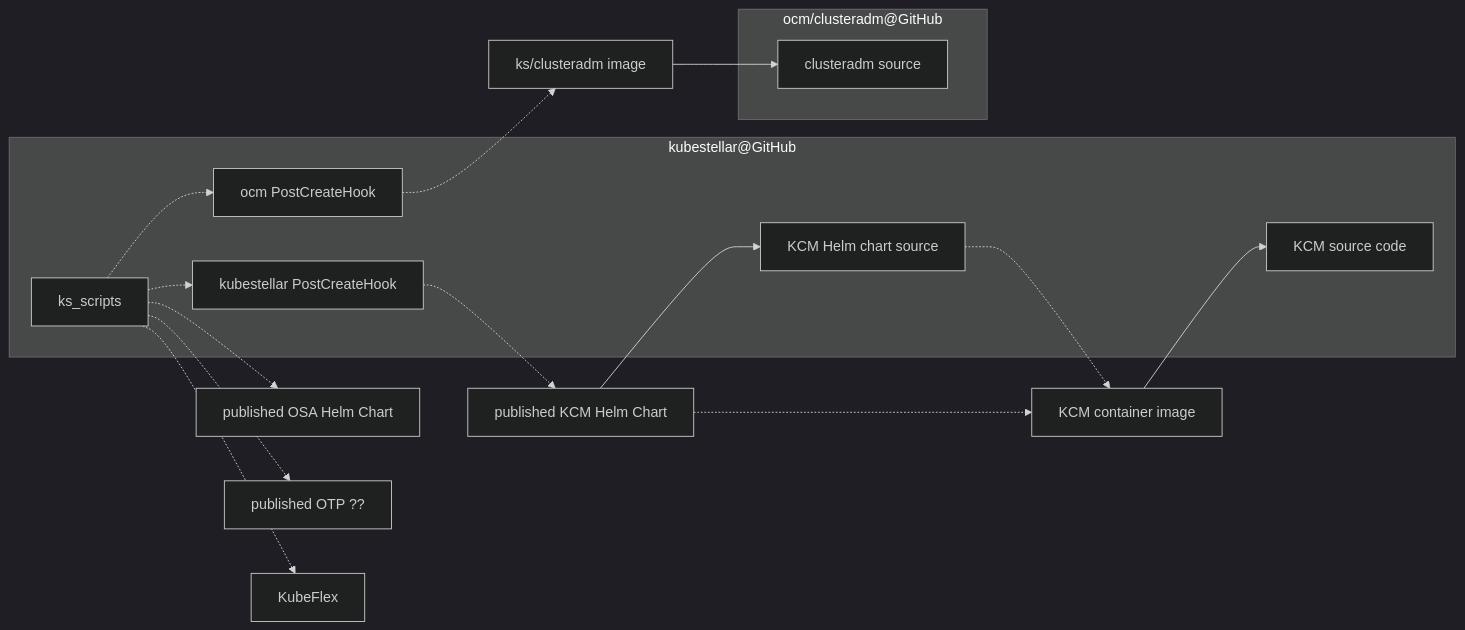
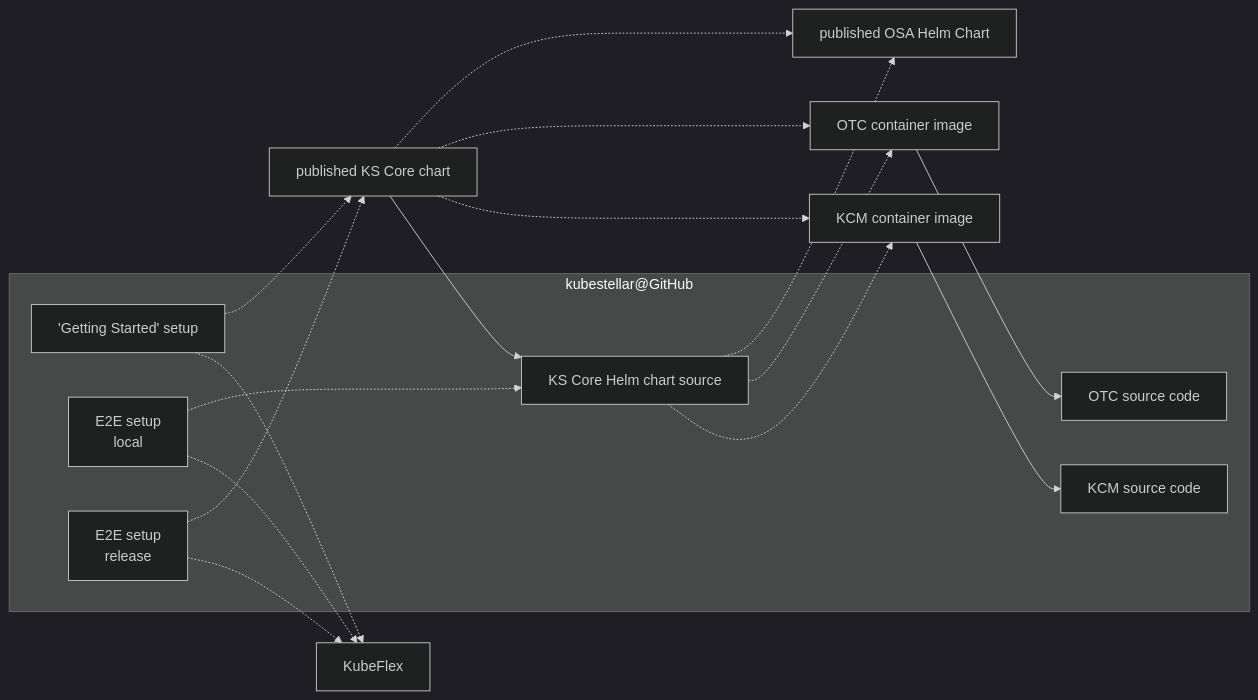
Before and after one commit to kubestellar/docs: the third of 5 diagrams in docs/content/direct/packaging.md, drawn with Mermaid (dark theme). The commit also changed other lines of this file and 83 other files, not shown here.

````diff
--- a/docs/content/direct/packaging.md
+++ b/docs/content/direct/packaging.md
@@ -95,24 +83,30 @@
 ```mermaid
 flowchart LR
-    subgraph cladm_repo["ocm/clusteradm@GitHub"]
-    cladm_src["clusteradm source"]
-    end
+    osa_hc_repo[published OSA Helm Chart]
     subgraph ks_repo["kubestellar@GitHub"]
     kcm_code[KCM source code]
-    kcm_hc_src[KCM Helm chart source]
-    ks_pch[kubestellar PostCreateHook]
-    ocm_pch["ocm PostCreateHook"]
-    ks_scripts -.-> ocm_pch
-    ks_scripts -.-> ks_pch
+    otc_code[OTC source code]
+    ksc_hc_src[KS Core Helm chart source]
+    setup_ksc["'Getting Started' setup"]
+    e2e_local["E2E setup
+local"]
+    e2e_release["E2E setup
+release"]
     end
-    cladm_image["ks/clusteradm image"] --> cladm_src
-    ocm_pch -.-> cladm_image
     kcm_ctr_image[KCM container image] --> kcm_code
-    kcm_hc_repo[published KCM Helm Chart] --> kcm_hc_src
-    kcm_hc_src -.-> kcm_ctr_image
-    kcm_hc_repo -.-> kcm_ctr_image
-    ks_pch  -.-> kcm_hc_repo
-    ks_scripts -.-> osa_hc_repo[published OSA Helm Chart]
-    ks_scripts -.-> otp_something["published OTP ??"]
-    ks_scripts -.-> KubeFlex
+    otc_ctr_image[OTC container image]
+    otc_ctr_image --> otc_code
+    ksc_hc_repo[published KS Core chart] --> ksc_hc_src
+    ksc_hc_src -.-> osa_hc_repo
+    ksc_hc_src -.-> otc_ctr_image
+    ksc_hc_src -.-> kcm_ctr_image
+    ksc_hc_repo -.-> osa_hc_repo
+    ksc_hc_repo -.-> otc_ctr_image
+    ksc_hc_repo -.-> kcm_ctr_image
+    setup_ksc -.-> ksc_hc_repo
+    setup_ksc -.-> KubeFlex
+    e2e_local -.-> ksc_hc_src
+    e2e_local -.-> KubeFlex
+    e2e_release -.-> ksc_hc_repo
+    e2e_release -.-> KubeFlex
 ```
````
